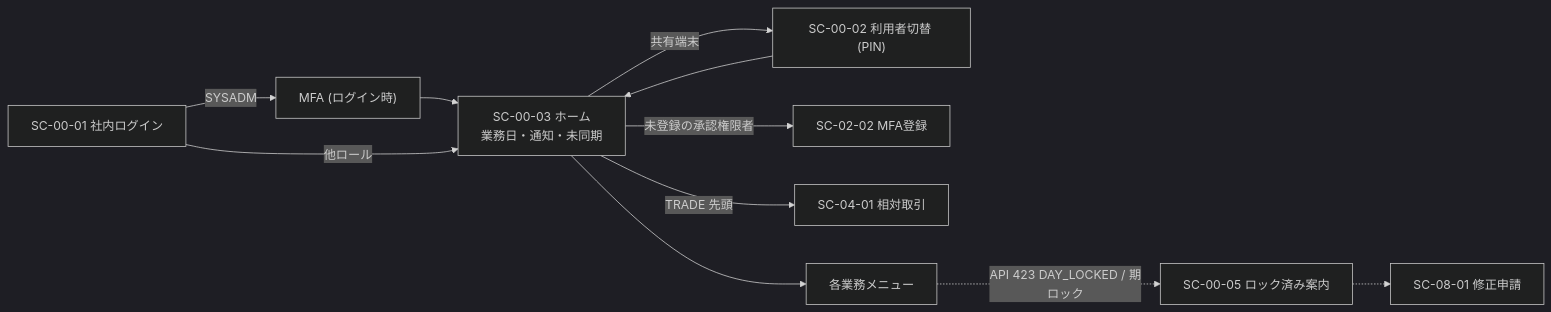
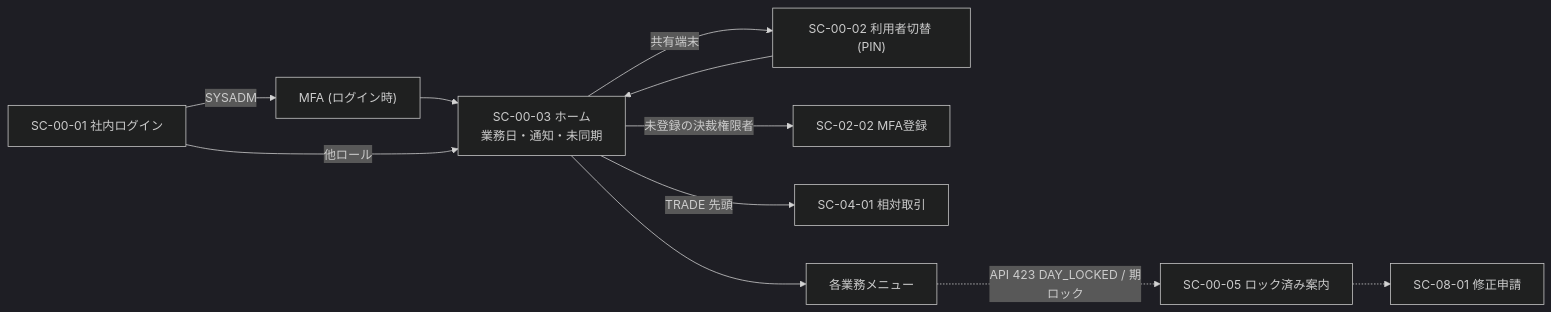
Before and after one commit to phuongnnm-23344/lab-wholesale-market: the second of 10 diagrams in wireframes/SCREEN-LIST.md, drawn with Mermaid (dark theme). The commit also changed other lines of this file and 16 other files, not shown here.

````diff
--- a/wireframes/SCREEN-LIST.md
+++ b/wireframes/SCREEN-LIST.md
@@ -241,10 +241,10 @@
 ```mermaid
 flowchart LR
   L["SC-00-01 社内ログイン"] -->|SYSADM| M["MFA (ログイン時)"] --> H
   L -->|他ロール| H["SC-00-03 ホーム<br/>業務日・通知・未同期"]
   H -->|共有端末| P["SC-00-02 利用者切替 (PIN)"] --> H
-  H -->|未登録の承認権限者| R["SC-02-02 MFA登録"]
+  H -->|未登録の決裁権限者| R["SC-02-02 MFA登録"]
   H -->|TRADE 先頭| A["SC-04-01 相対取引"]
   H --> X["各業務メニュー"]
   X -.->|API 423 DAY_LOCKED / 期ロック| E["SC-00-05 ロック済み案内"] -.-> C["SC-08-01 修正申請"]
 ```
````
